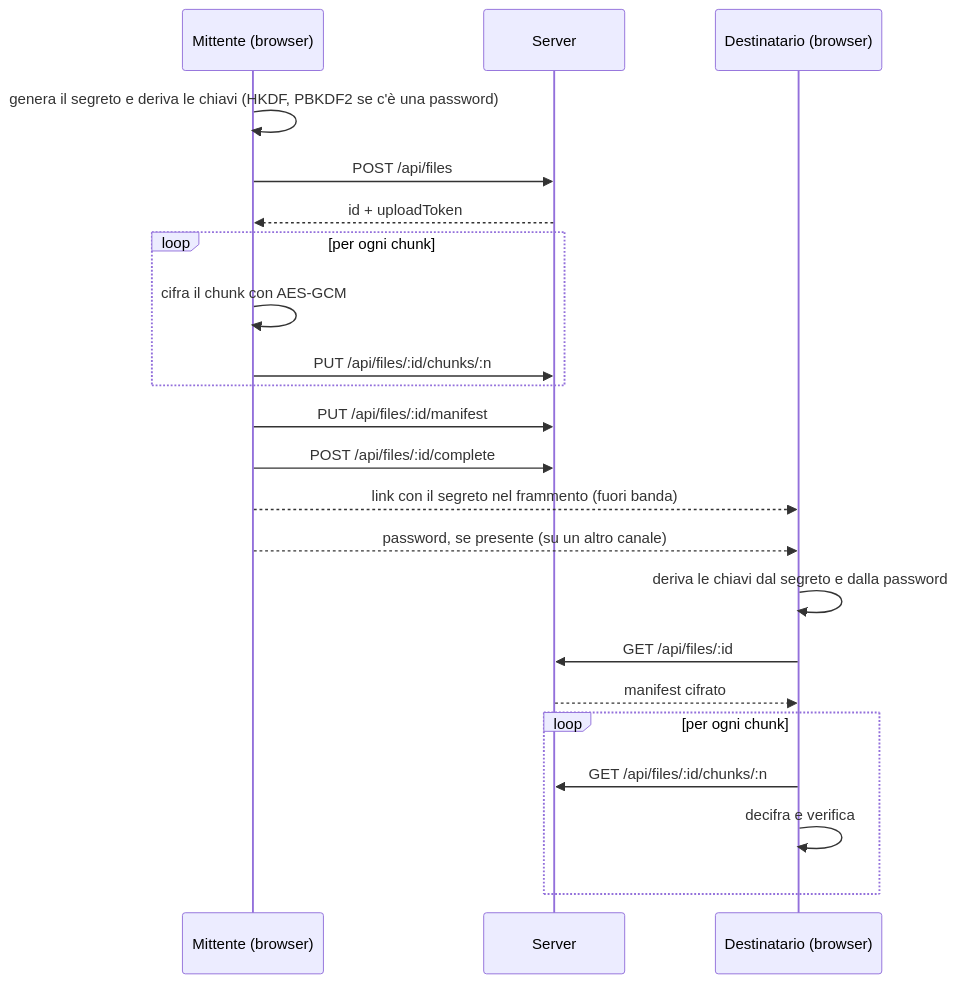
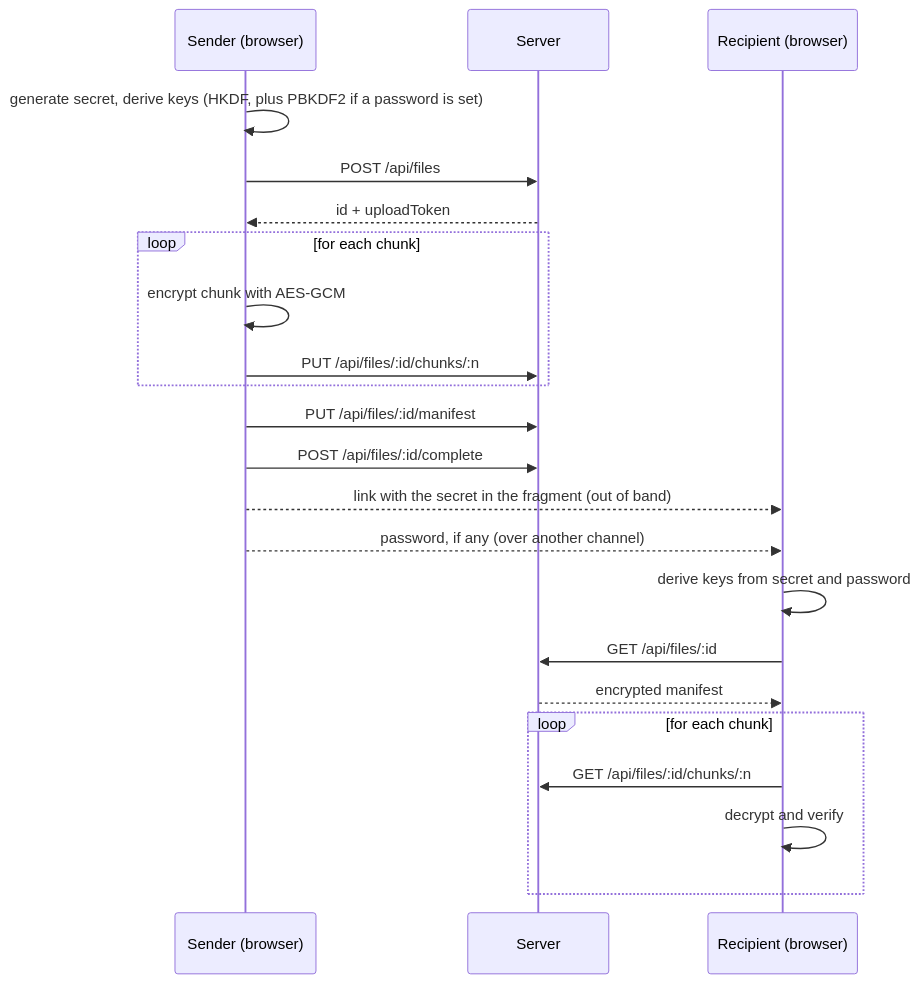
The diagram in README.md (3rch0m41/erchomai-transfer), drawn with Mermaid before and after one commit. The commit also changed other lines of this file and 1 other file, not shown here.

````diff
--- a/README.md
+++ b/README.md
@@ -45,24 +36,24 @@
 ```mermaid
 sequenceDiagram
-    participant M as Mittente (browser)
-    participant S as Server
-    participant D as Destinatario (browser)
-    M->>M: genera il segreto e deriva le chiavi (HKDF, PBKDF2 se c'è una password)
-    M->>S: POST /api/files
-    S-->>M: id + uploadToken
-    loop per ogni chunk
-        M->>M: cifra il chunk con AES-GCM
-        M->>S: PUT /api/files/:id/chunks/:n
+    participant S as Sender (browser)
+    participant SV as Server
+    participant R as Recipient (browser)
+    S->>S: generate secret, derive keys (HKDF, plus PBKDF2 if a password is set)
+    S->>SV: POST /api/files
+    SV-->>S: id + uploadToken
+    loop for each chunk
+        S->>S: encrypt chunk with AES-GCM
+        S->>SV: PUT /api/files/:id/chunks/:n
     end
-    M->>S: PUT /api/files/:id/manifest
-    M->>S: POST /api/files/:id/complete
-    M-->>D: link con il segreto nel frammento (fuori banda)
-    M-->>D: password, se presente (su un altro canale)
-    D->>D: deriva le chiavi dal segreto e dalla password
-    D->>S: GET /api/files/:id
-    S-->>D: manifest cifrato
-    loop per ogni chunk
-        D->>S: GET /api/files/:id/chunks/:n
-        D->>D: decifra e verifica
+    S->>SV: PUT /api/files/:id/manifest
+    S->>SV: POST /api/files/:id/complete
+    S-->>R: link with the secret in the fragment (out of band)
+    S-->>R: password, if any (over another channel)
+    R->>R: derive keys from secret and password
+    R->>SV: GET /api/files/:id
+    SV-->>R: encrypted manifest
+    loop for each chunk
+        R->>SV: GET /api/files/:id/chunks/:n
+        R->>R: decrypt and verify
     end
 ```
````
